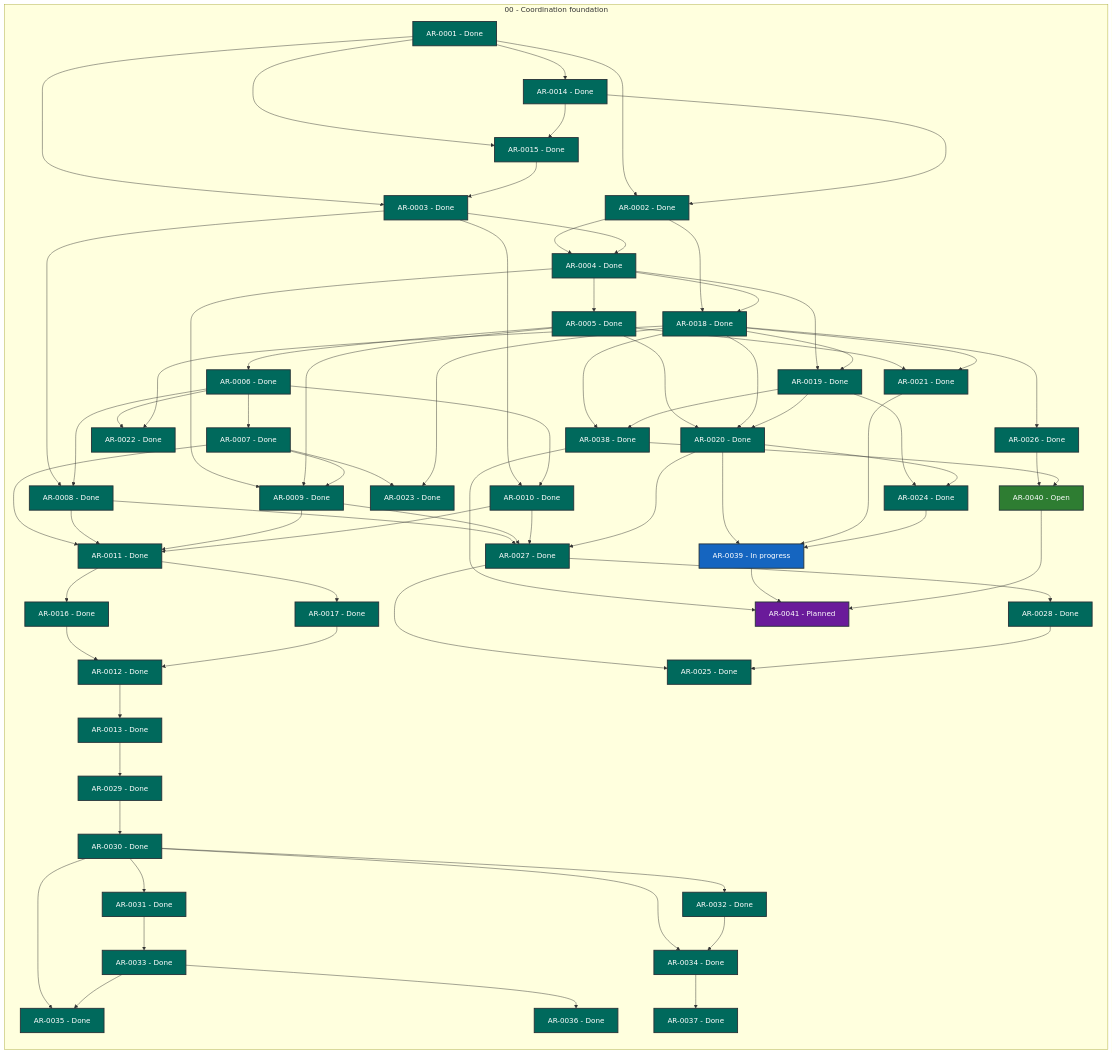
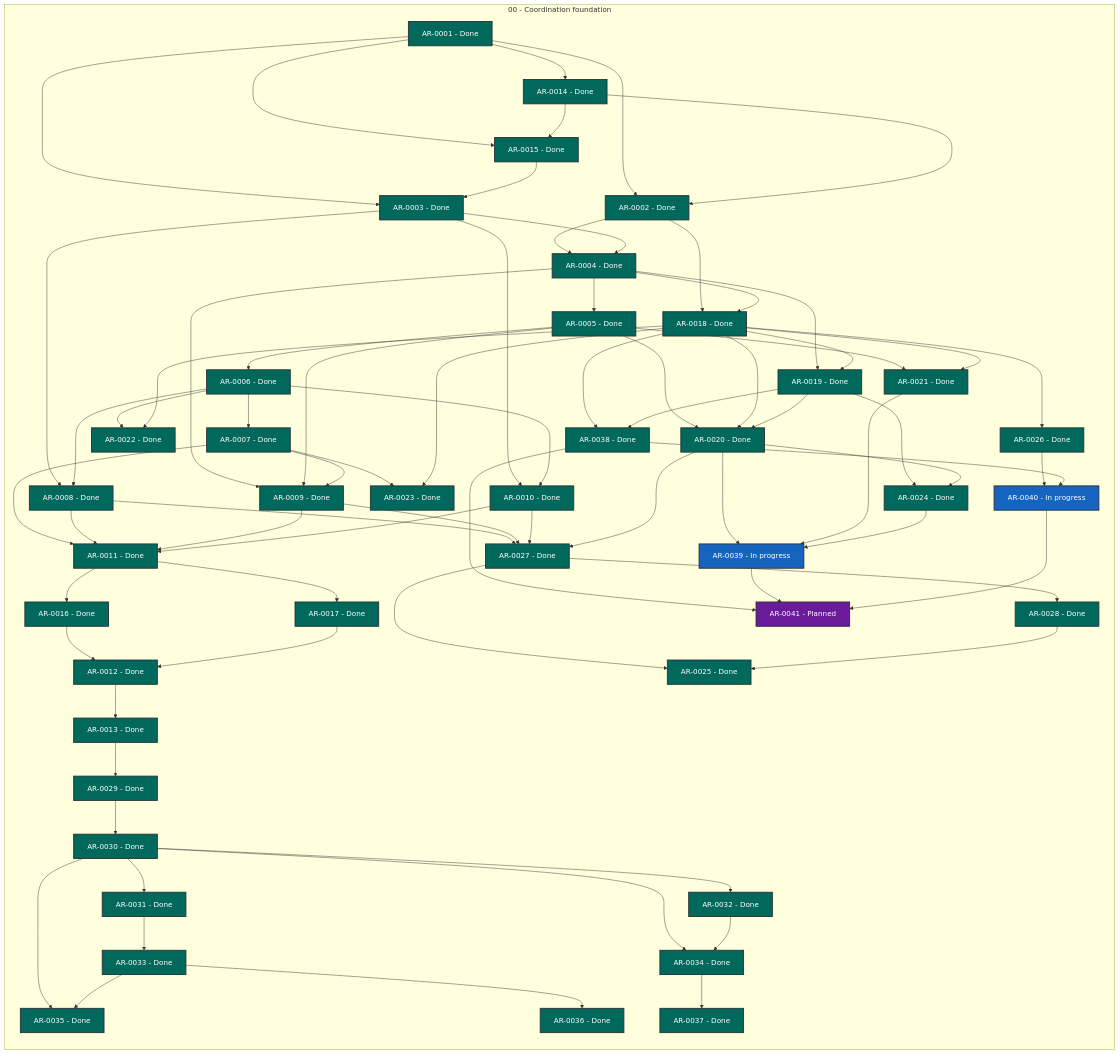
One commit to martin-beck/agent-workflow-tui-state changed the diagram in STATUS.md. Above: the diagram before and after it, drawn with Mermaid. The commit also changed other lines of this file and 2 other files, not shown here.

```diff
--- a/STATUS.md
+++ b/STATUS.md
@@ -67,7 +67,7 @@
         AR_0037["AR-0037 - Done"]:::status_done
         AR_0038["AR-0038 - Done"]:::status_done
         AR_0039["AR-0039 - In progress"]:::status_in_progress
-        AR_0040["AR-0040 - Open"]:::status_open
+        AR_0040["AR-0040 - In progress"]:::status_in_progress
         AR_0041["AR-0041 - Planned"]:::status_planned
     end
     AR_0001 --> AR_0002
```
